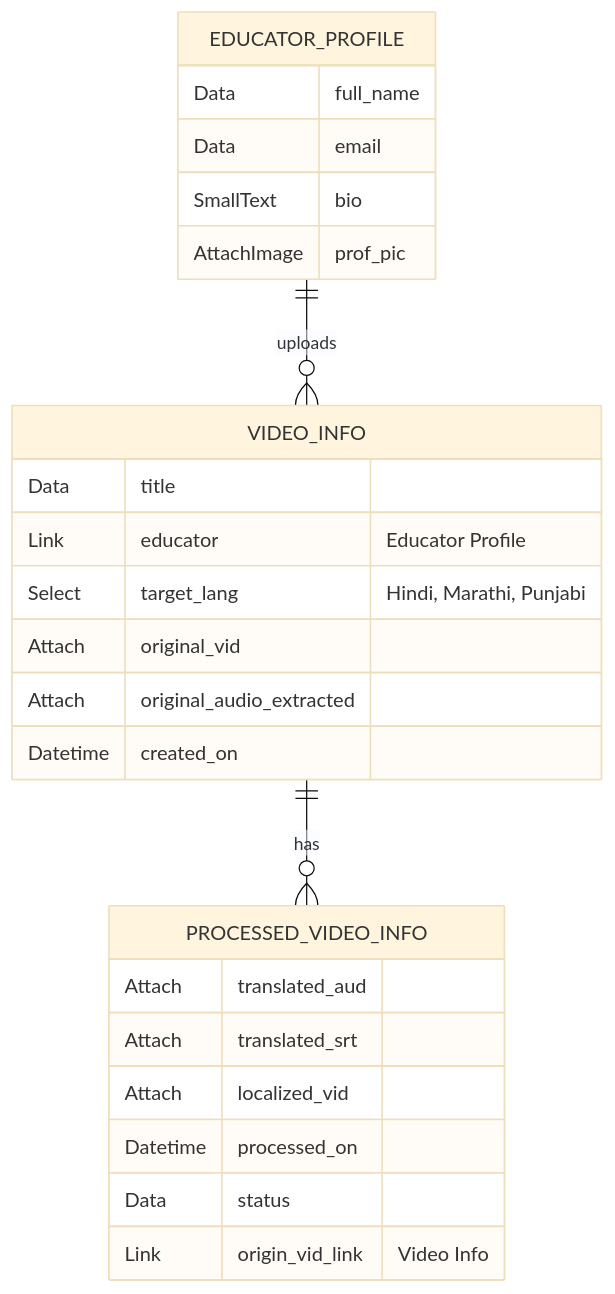
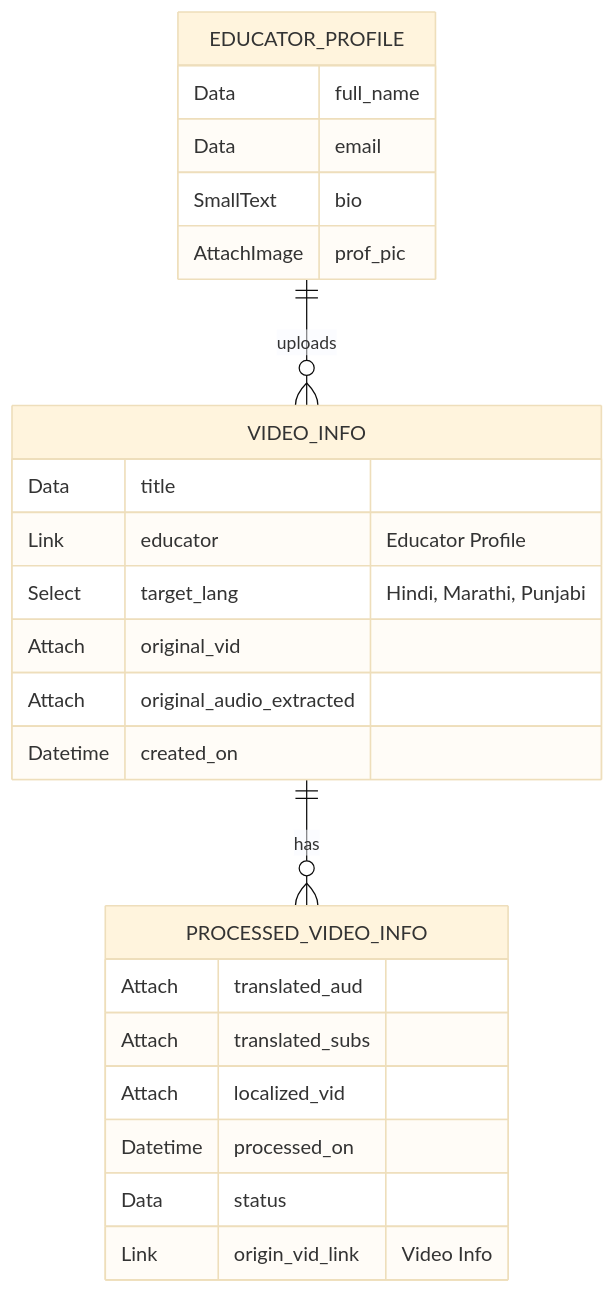
One commit to theapprenticeproject/Video_Translation changed the first of 2 diagrams in README.md. Above: the diagram before and after it, drawn with Mermaid (base theme). The commit also changed other lines of this file and 2 other files, not shown here.

Commit message:
feat:added language mapping dictionary and added else if statement for processed folder storage locally

````diff
--- a/README.md
+++ b/README.md
@@ -120,30 +120,30 @@
 ```mermaid
 erDiagram
     VIDEO_INFO {
         Data title
         Link educator "Educator Profile"
         Select target_lang "Hindi, Marathi, Punjabi"
         Attach original_vid
         Attach original_audio_extracted
         Datetime created_on
     }
 
     PROCESSED_VIDEO_INFO {
         Attach translated_aud
-        Attach translated_srt
+        Attach translated_subs
         Attach localized_vid
         Datetime processed_on
         Data status
         Link origin_vid_link "Video Info"
     }
 
     EDUCATOR_PROFILE {
         Data full_name
         Data email
         SmallText bio
         AttachImage prof_pic
     }
 
     EDUCATOR_PROFILE ||--o{ VIDEO_INFO : "uploads"
     VIDEO_INFO ||--o{ PROCESSED_VIDEO_INFO : "has"
 ```
````
